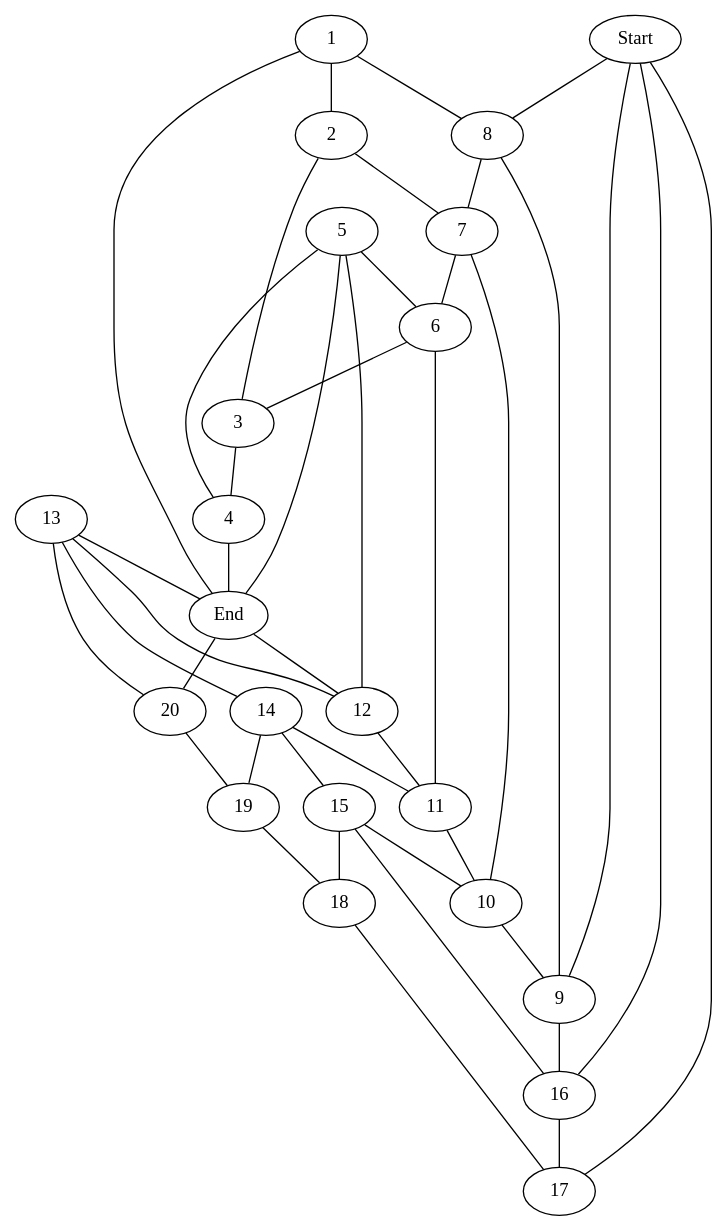
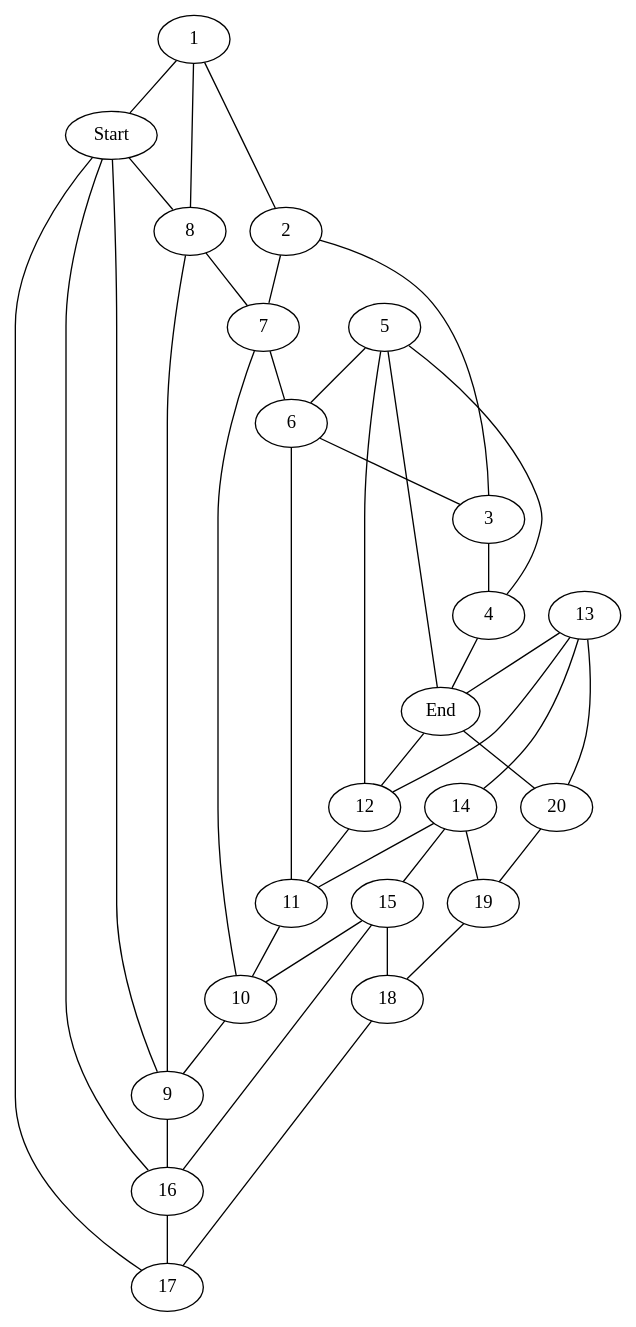
One commit to Narvik09/Shannon-Switching-Game changed the diagram in screens/gameScreen/assets/dotFiles/Level_4_Dual.dot. Above: the diagram before and after it, drawn with Graphviz. The commit also changed 5 other files, not shown here.

```diff
--- a/screens/gameScreen/assets/dotFiles/Level_4_Dual.dot
+++ b/screens/gameScreen/assets/dotFiles/Level_4_Dual.dot
@@ -1,43 +1,43 @@
 graph dual4 {
     1 -- 2 [key = "21";];
     2 -- 3 [key = "22";];
     3 -- 4 [key = "23";];
     4 -- End [key = "24";];
     2 -- 7 [key = "25";];
     8 -- 7 [key = "26";];
     6 -- 3 [key = "27";];
     7 -- 6 [key = "28";];
     5 -- 4 [key = "29";];
     5 -- 6 [key = "30";];
     5 -- End [key = "31";];
     7 -- 10 [key = "32";];
     10 -- 9 [key = "33";];
     6 -- 11 [key = "34";];
     11 -- 10 [key = "35";];
     5 -- 12 [key = "36";];
     12 -- 11 [key = "37";];
     End -- 12 [key = "38";];
     15 -- 10 [key = "39";];
     14 -- 11 [key = "40";];
     13 -- 12 [key = "41";];
     13 -- End [key = "42";];
     13 -- 14 [key = "43";];
     14 -- 19 [key = "44";];
     14 -- 15 [key = "45";];
     1 -- 8 [key = "46";];
     Start -- 8 [key = "47";];
     Start -- 9 [key = "48";];
     Start -- 16 [key = "49";];
     16 -- 17 [key = "50";];
     15 -- 18 [key = "51";];
-    1 -- End [key = "52";];
+    1 -- Start [key = "52";];
     8 -- 9 [key = "53";];
     9 -- 16 [key = "54";];
     15 -- 16 [key = "55";];
     13 -- 20 [key = "56";];
     End -- 20 [key = "57";];
     Start -- 17 [key = "58";];
     18 -- 17 [key = "59";];
     19 -- 18 [key = "60";];
     20 -- 19 [key = "61";];
 }
```
